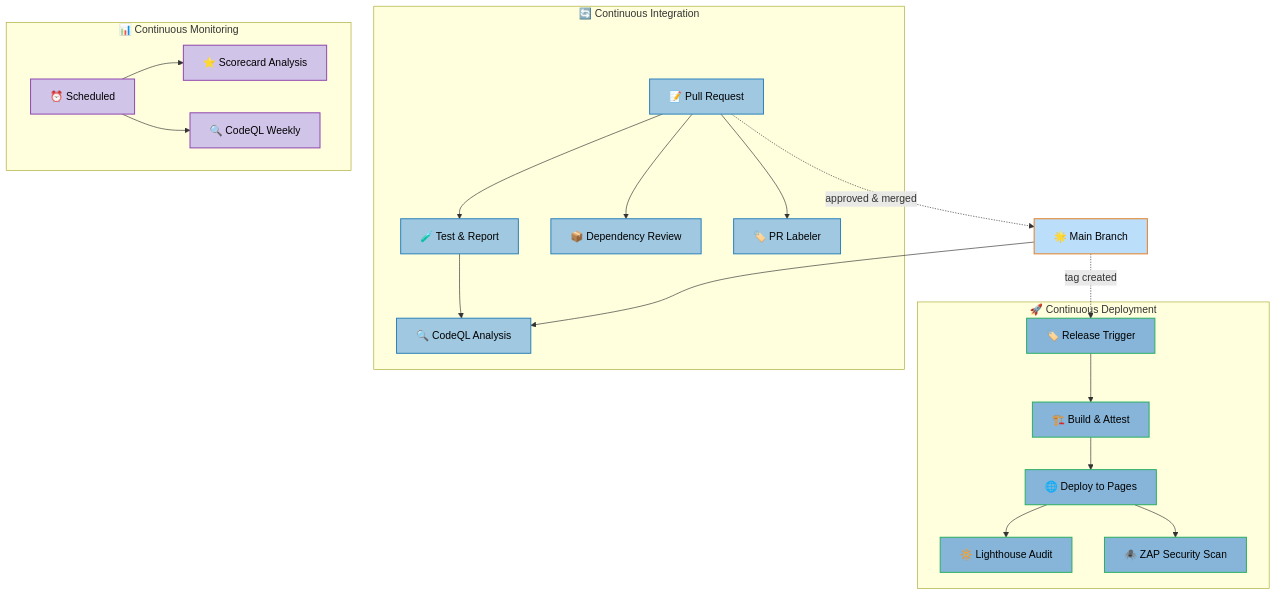
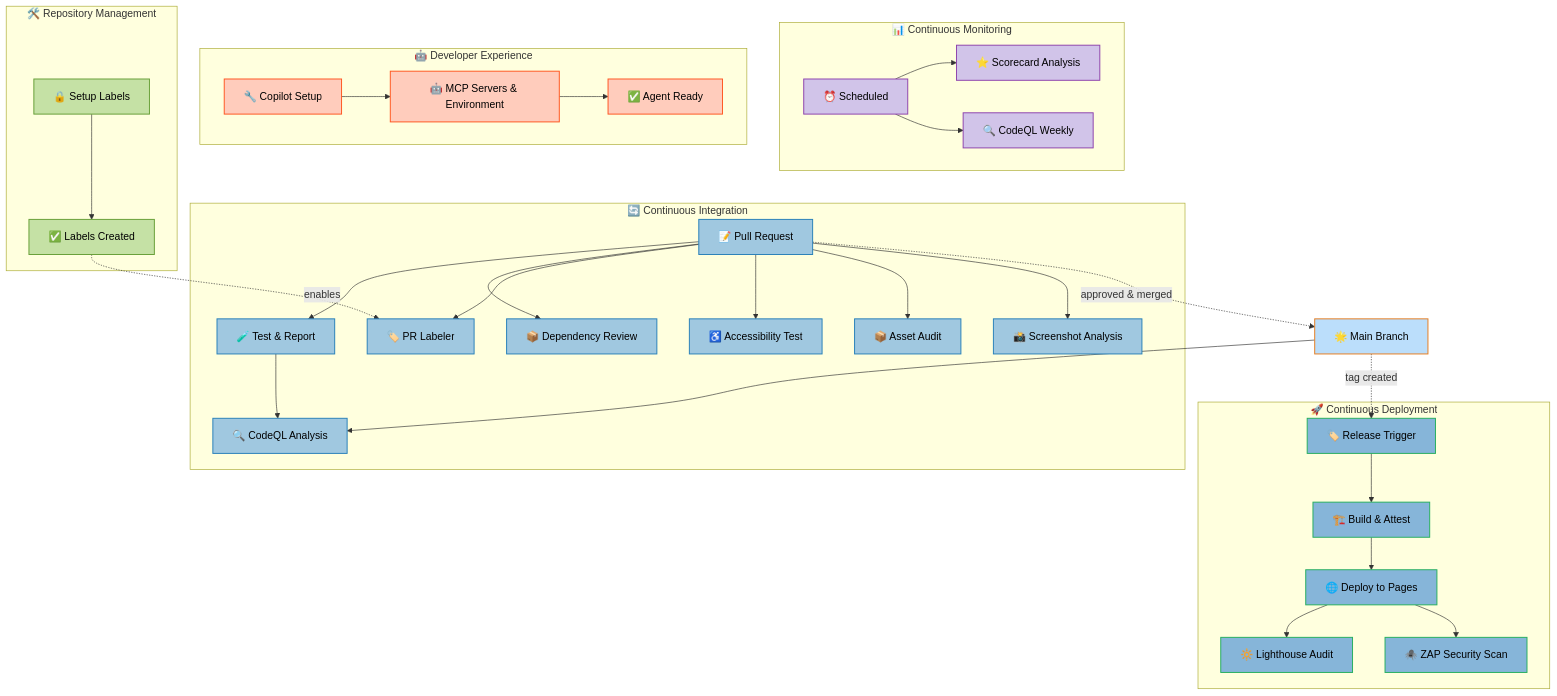
Before and after one commit to Hack23/blacktrigram: diagram 12 of 12 in WORKFLOWS.md, drawn with Mermaid. The commit also changed other lines of this file and 1 other file, not shown here.

````diff
--- a/WORKFLOWS.md
+++ b/WORKFLOWS.md
@@ -368,35 +568,52 @@
 ```mermaid
 flowchart TB
     subgraph "🔄 Continuous Integration"
         PR[📝 Pull Request] --> TestReport[🧪 Test & Report]
         PR --> DepReview[📦 Dependency Review]
         PR --> Labeler[🏷️ PR Labeler]
+        PR --> A11yTest[♿ Accessibility Test]
+        PR --> AssetAudit[📦 Asset Audit]
+        PR --> Screenshots[📸 Screenshot Analysis]
         TestReport --> CodeQL[🔍 CodeQL Analysis]
     end
 
     subgraph "🚀 Continuous Deployment"
         Release[🏷️ Release Trigger] --> Build[🏗️ Build & Attest]
         Build --> Deploy[🌐 Deploy to Pages]
         Deploy --> Lighthouse[🔆 Lighthouse Audit]
         Deploy --> ZAPScan[🕷️ ZAP Security Scan]
     end
 
     subgraph "📊 Continuous Monitoring"
         Schedule[⏰ Scheduled] --> Scorecard[⭐ Scorecard Analysis]
         Schedule --> CodeQLScheduled[🔍 CodeQL Weekly]
     end
+    
+    subgraph "🤖 Developer Experience"
+        CopilotTrigger[🔧 Copilot Setup] --> CopilotEnv[🤖 MCP Servers & Environment]
+        CopilotEnv --> AgentReady[✅ Agent Ready]
+    end
+    
+    subgraph "🛠️ Repository Management"
+        LabelSetup[🔒 Setup Labels] --> LabelsReady[✅ Labels Created]
+        LabelsReady -.->|enables| Labeler
+    end
 
     PR -.->|"approved & merged"| Main[🌟 Main Branch]
     Main --> CodeQL
     Main -.->|"tag created"| Release
 
     classDef integration fill:#a0c8e0,stroke:#2980b9,stroke-width:1.5px,color:black
     classDef deployment fill:#86b5d9,stroke:#27ae60,stroke-width:1.5px,color:black
     classDef monitoring fill:#d1c4e9,stroke:#8e44ad,stroke-width:1.5px,color:black
     classDef trigger fill:#bbdefb,stroke:#e67e22,stroke-width:1.5px,color:black
+    classDef devex fill:#ffccbc,stroke:#ff5722,stroke-width:1.5px,color:black
+    classDef repo fill:#c5e1a5,stroke:#689f38,stroke-width:1.5px,color:black
 
-    class PR,TestReport,DepReview,Labeler,CodeQL integration
+    class PR,TestReport,DepReview,Labeler,CodeQL,A11yTest,AssetAudit,Screenshots integration
     class Release,Build,Deploy,Lighthouse,ZAPScan deployment
     class Schedule,Scorecard,CodeQLScheduled monitoring
     class Main trigger
+    class CopilotTrigger,CopilotEnv,AgentReady devex
+    class LabelSetup,LabelsReady repo
 ```
````
